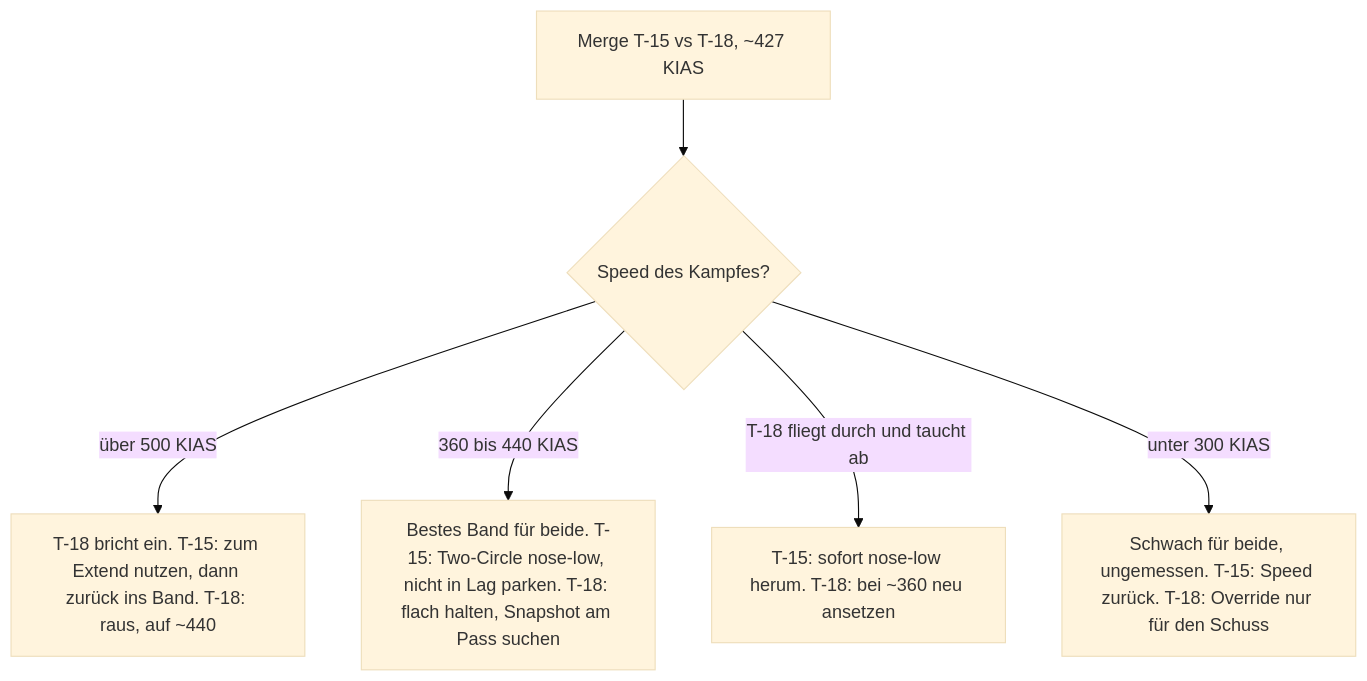
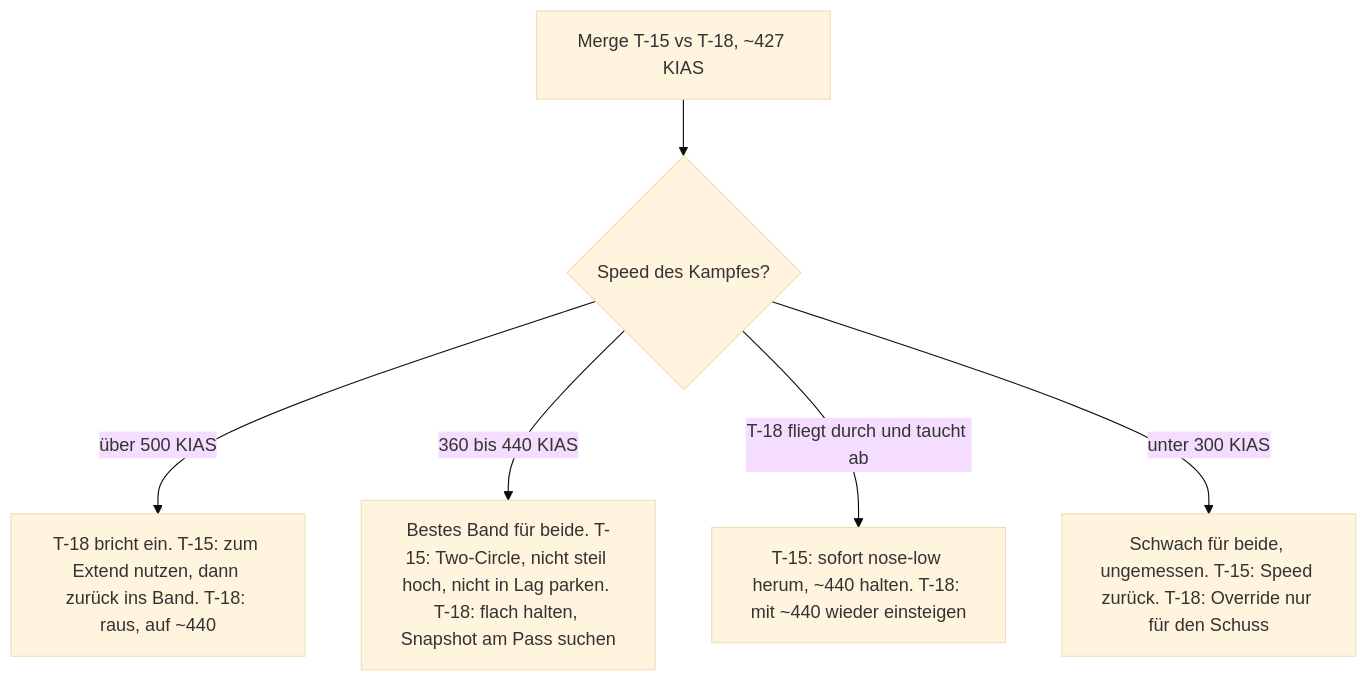
The diagram in docs/flugzeuge/matchups/t15-vs-t18.md (lukaio3D/VFM_Wiki), drawn with Mermaid (base theme) before and after one commit. The commit also changed other lines of this file and 49 other files, not shown here.

First line of the commit message:
feat: Rollraten aus den Spieldaten, Turnier und Wiki neu gerechnet

````diff
--- a/docs/flugzeuge/matchups/t15-vs-t18.md
+++ b/docs/flugzeuge/matchups/t15-vs-t18.md
@@ -97,8 +97,8 @@
 ```mermaid
 flowchart TD
     A[Merge T-15 vs T-18, ~427 KIAS] --> B{Speed des Kampfes?}
     B -->|über 500 KIAS| C[T-18 bricht ein. T-15: zum Extend nutzen, dann zurück ins Band. T-18: raus, auf ~440]
-    B -->|360 bis 440 KIAS| D[Bestes Band für beide. T-15: Two-Circle nose-low, nicht in Lag parken. T-18: flach halten, Snapshot am Pass suchen]
-    B -->|T-18 fliegt durch und taucht ab| E[T-15: sofort nose-low herum. T-18: bei ~360 neu ansetzen]
+    B -->|360 bis 440 KIAS| D[Bestes Band für beide. T-15: Two-Circle, nicht steil hoch, nicht in Lag parken. T-18: flach halten, Snapshot am Pass suchen]
+    B -->|T-18 fliegt durch und taucht ab| E[T-15: sofort nose-low herum, ~440 halten. T-18: mit ~440 wieder einsteigen]
     B -->|unter 300 KIAS| F[Schwach für beide, ungemessen. T-15: Speed zurück. T-18: Override nur für den Schuss]
 ```
````
